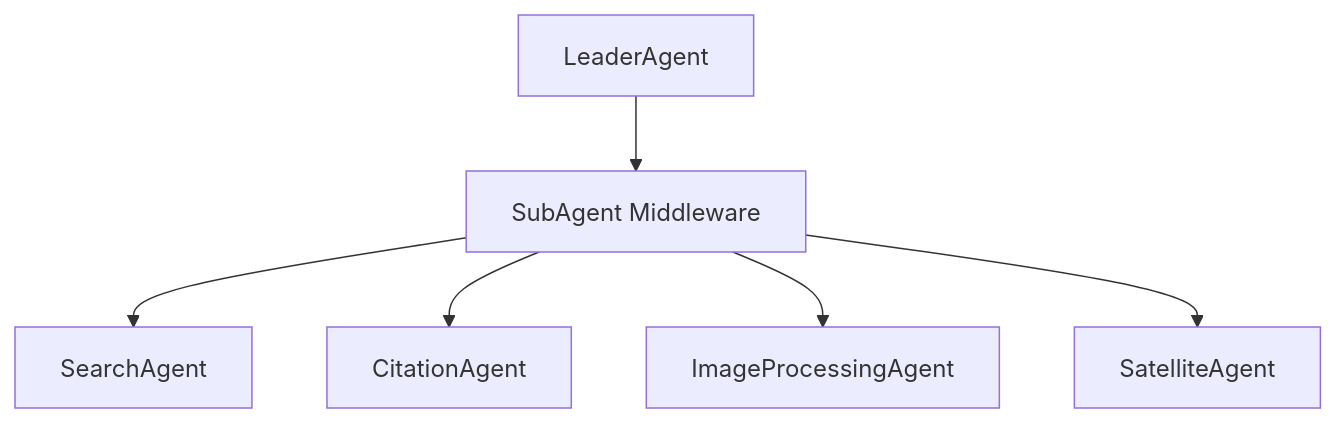
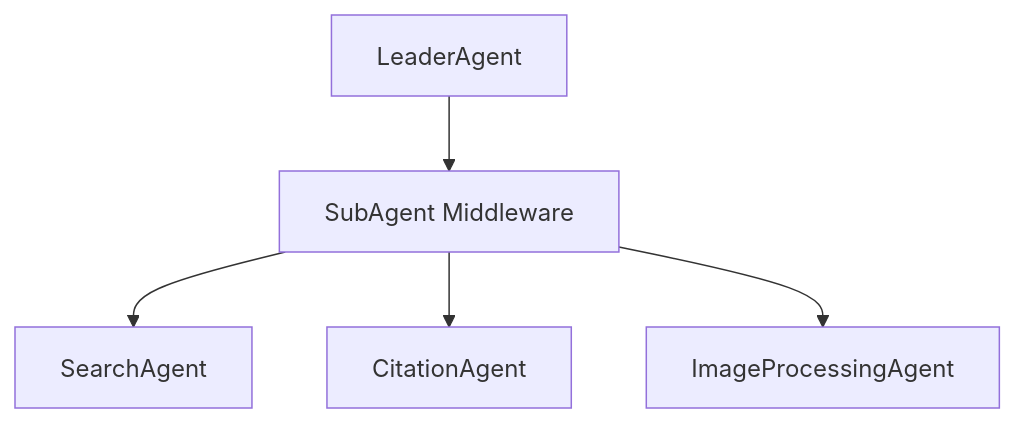
One commit to Agent-Multiverse-Lab/agent-stack changed the second of 3 diagrams in README.md. Above: the diagram before and after it, drawn with Mermaid. The commit also changed other lines of this file and 16 other files, not shown here.

````diff
--- a/README.md
+++ b/README.md
@@ -45,8 +44,7 @@
 ```mermaid
 flowchart TB
     Leader[LeaderAgent] --> Delegate[SubAgent Middleware]
     Delegate --> Search[SearchAgent]
     Delegate --> Citation[CitationAgent]
     Delegate --> Image[ImageProcessingAgent]
-    Delegate --> Satellite[SatelliteAgent]
 ```
````
